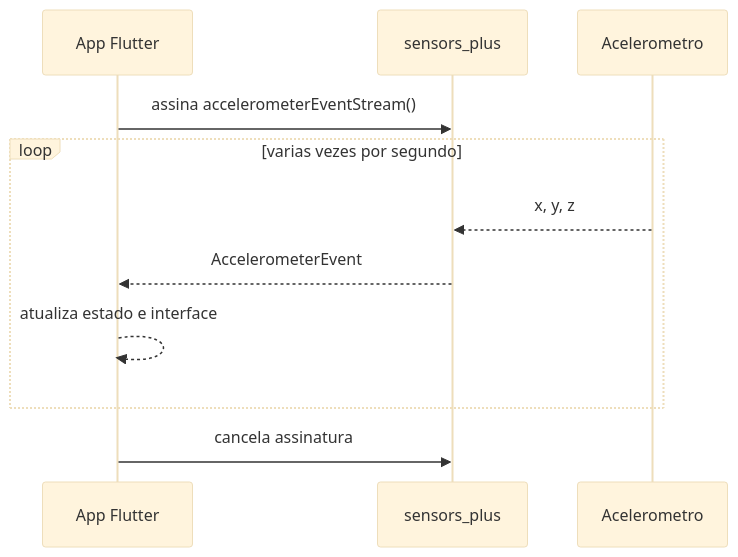
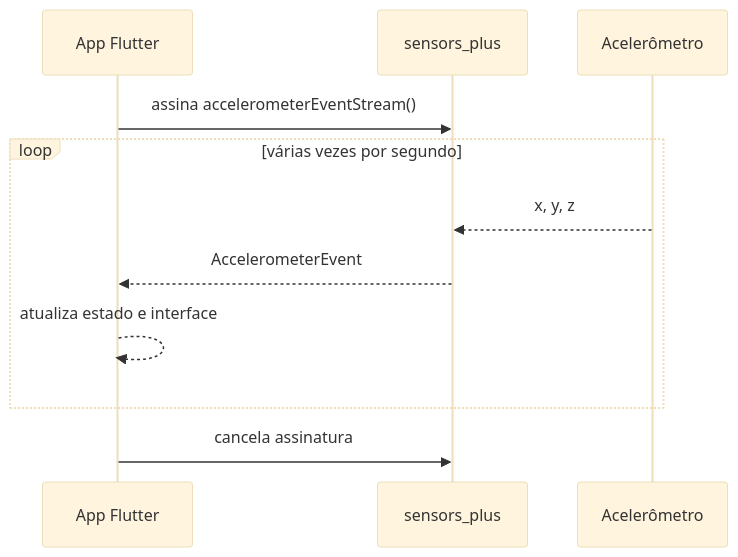
The third of 17 diagrams in courses/2026-1-DS-Prog-Aplicativos-Mobile-II-Novotec-Noturno/aulas/aula-11.md (prof-gustavo-villalta/self), drawn with Mermaid (base theme) before and after one commit. The commit also changed other lines of this file and 6 other files, not shown here.

````diff
--- a/courses/2026-1-DS-Prog-Aplicativos-Mobile-II-Novotec-Noturno/aulas/aula-11.md
+++ b/courses/2026-1-DS-Prog-Aplicativos-Mobile-II-Novotec-Noturno/aulas/aula-11.md
@@ -161,14 +161,14 @@
 ```mermaid
 sequenceDiagram
     participant A as App Flutter
     participant P as sensors_plus
-    participant S as Acelerometro
+    participant S as Acelerômetro
 
     A->>P: assina accelerometerEventStream()
-    loop varias vezes por segundo
+    loop várias vezes por segundo
         S-->>P: x, y, z
         P-->>A: AccelerometerEvent
         A-->>A: atualiza estado e interface
     end
     A->>P: cancela assinatura
 ```
````
